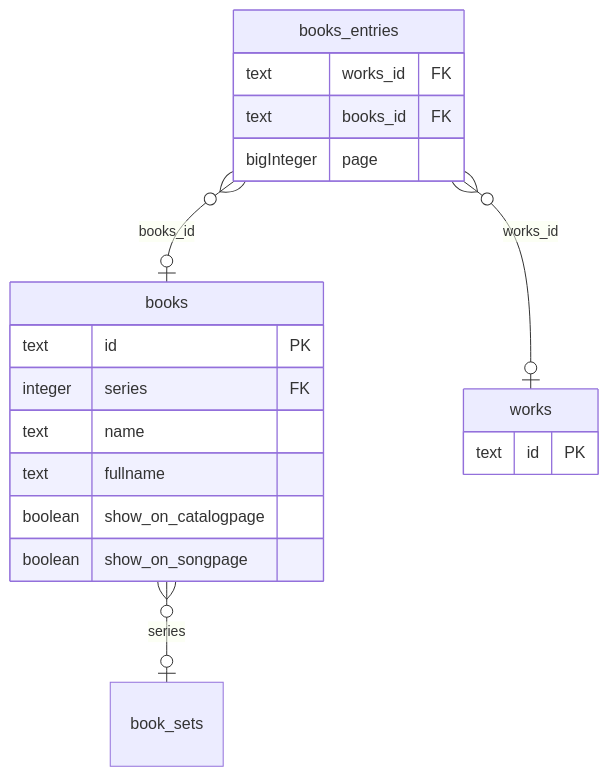
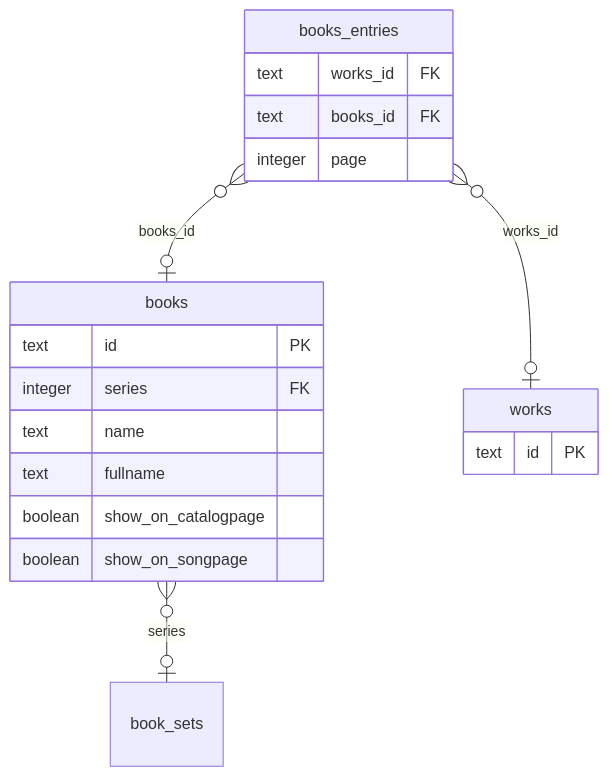
Before and after one commit to zlochevsky/shcherbakov: the first of 12 diagrams in docs/directus.md, drawn with Mermaid. The commit also changed other lines of this file and 21 other files, not shown here.

Commit message:
Directus: integer years, all extensions in one place, tracklist adds by song or pinned event, Flows and permissions export, per-diagram markers keep notes

````diff
--- a/docs/directus.md
+++ b/docs/directus.md
@@ -25,22 +27,22 @@
 ```mermaid
 erDiagram
     books }o--o| book_sets : "series"
     books_entries }o--o| books : "books_id"
     books_entries }o--o| works : "works_id"
     works {
         text id PK
     }
     books {
         text id PK
         integer series FK
         text name
         text fullname
         boolean show_on_catalogpage
         boolean show_on_songpage
     }
     books_entries {
         text works_id FK
         text books_id FK
-        bigInteger page
+        integer page
     }
 ```
````
